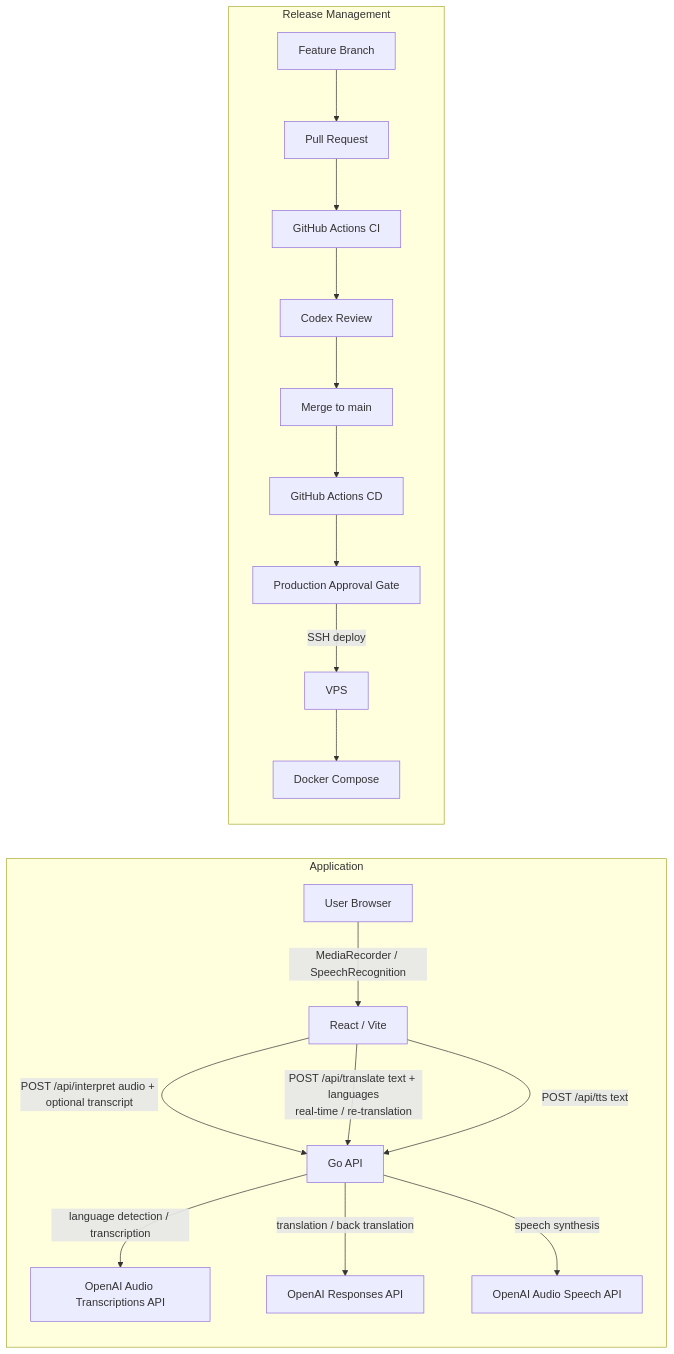
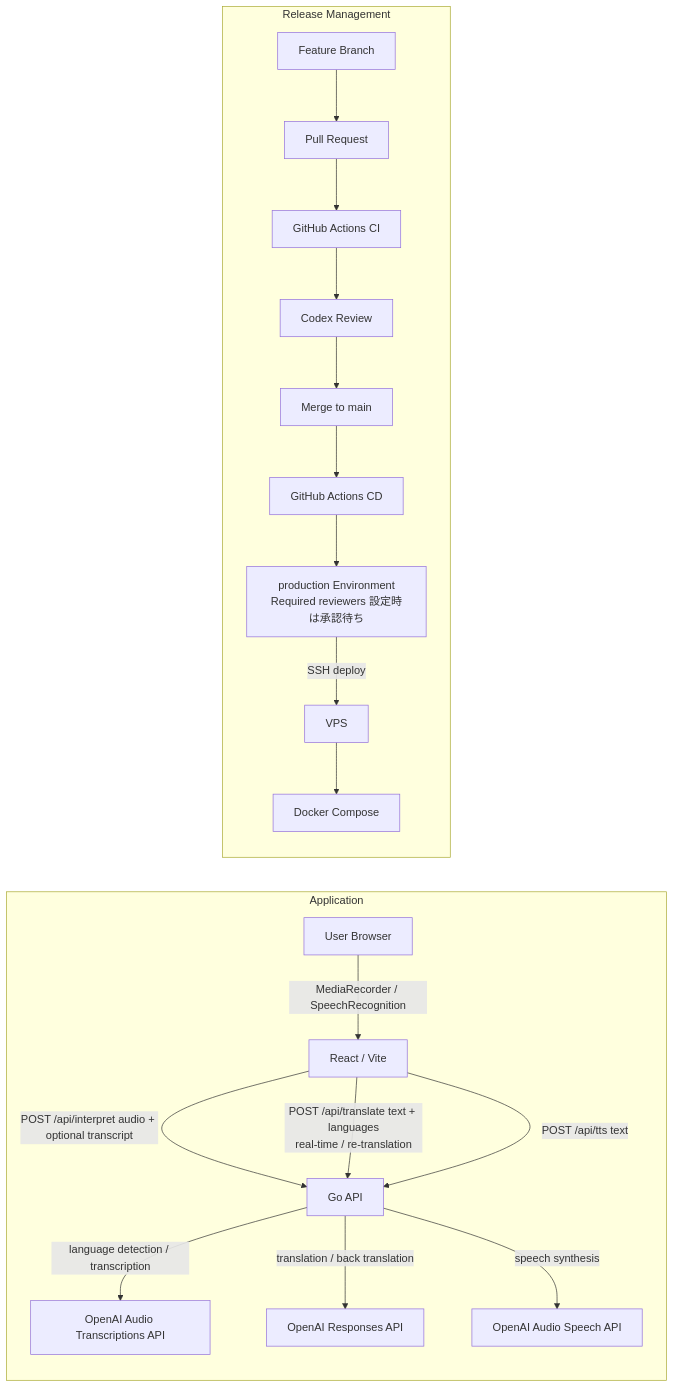
Before and after one commit to shin-arita/gotalk: the diagram in README.md, drawn with Mermaid. The commit also changed other lines of this file and 2 other files, not shown here.

Commit message:
docs: Codex 再レビュー指摘3件（リトライ条件、承認ゲートの書き方、backup.md の注記）に対応
Claude-Session: https://claude.ai/code/session_01CwscytgU3sHemcZgurhg4Z

````diff
--- a/README.md
+++ b/README.md
@@ -48,23 +48,23 @@
 ```mermaid
 flowchart LR
   subgraph App[Application]
     User[User Browser] -->|MediaRecorder / SpeechRecognition| Frontend[React / Vite]
     Frontend -->|POST /api/interpret audio + optional transcript| Backend[Go API]
     Frontend -->|POST /api/translate text + languages<br/>real-time / re-translation| Backend
     Frontend -->|POST /api/tts text| Backend
     Backend -->|language detection / transcription| Transcriptions[OpenAI Audio Transcriptions API]
     Backend -->|translation / back translation| Responses[OpenAI Responses API]
     Backend -->|speech synthesis| Speech[OpenAI Audio Speech API]
   end
 
   subgraph Release[Release Management]
     Feature[Feature Branch] --> PR[Pull Request]
     PR --> CI[GitHub Actions CI]
     CI --> Review[Codex Review]
     Review --> Main[Merge to main]
     Main --> CD[GitHub Actions CD]
-    CD --> Approval[Production Approval Gate]
+    CD --> Approval[production Environment<br/>Required reviewers 設定時は承認待ち]
     Approval -->|SSH deploy| VPS[VPS]
     VPS --> Docker[Docker Compose]
   end
 ```
````
